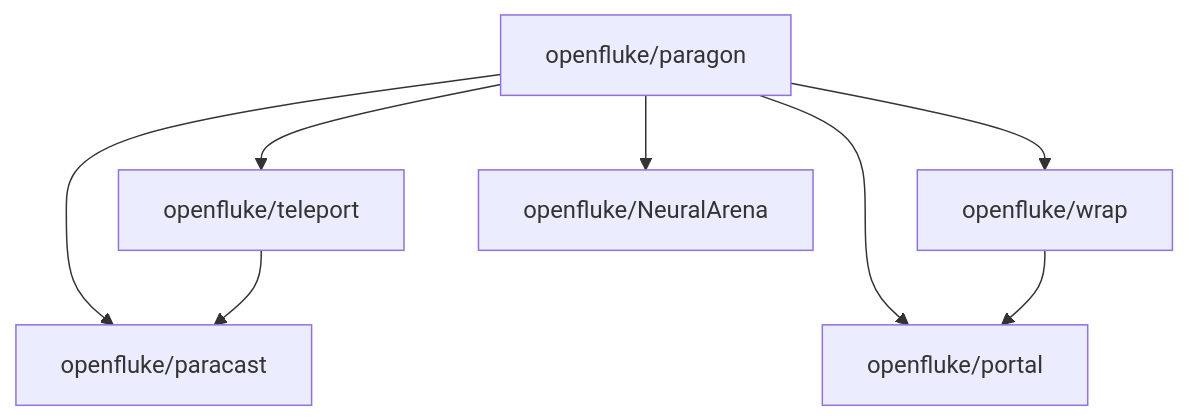
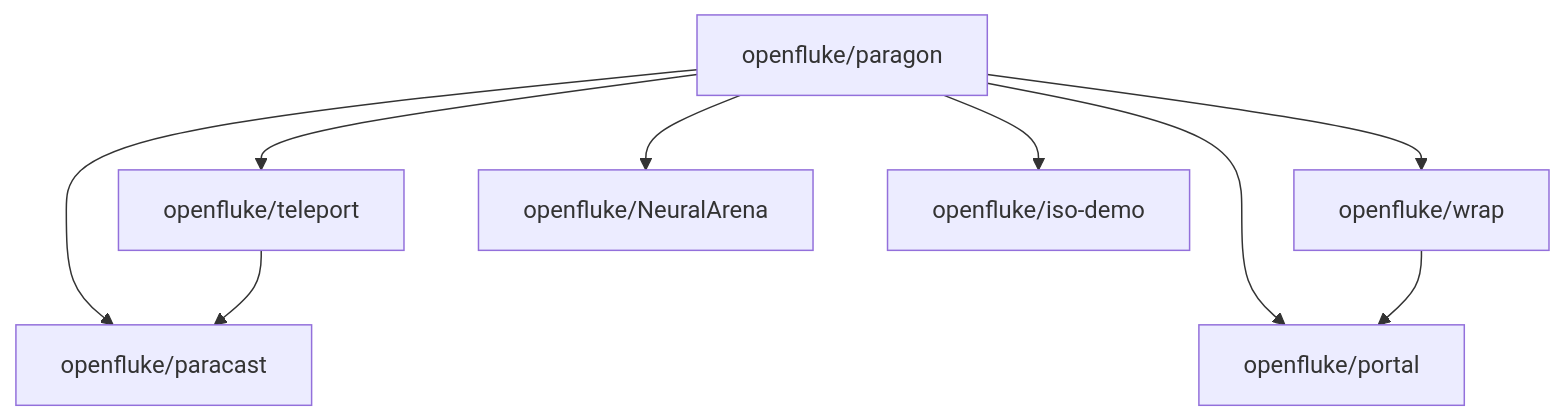
The diagram in README.md (openfluke/paragon_ecosystem), drawn with Mermaid before and after one commit. The commit also changed other lines of this file, not shown here.

````diff
--- a/README.md
+++ b/README.md
@@ -62,17 +66,19 @@
 ```mermaid
 graph TD
     Paragon[openfluke/paragon]
     Teleport[openfluke/teleport]
     Paracast[openfluke/paracast]
     Wrap[openfluke/wrap]
     Portal[openfluke/portal]
     NeuralArena[openfluke/NeuralArena]
+    IsoDemo[openfluke/iso-demo]
 
     Paragon --> Teleport
     Paragon --> Paracast
     Paragon --> Wrap
     Paragon --> Portal
     Paragon --> NeuralArena
+    Paragon --> IsoDemo
     Teleport --> Paracast
     Wrap --> Portal
 ```
````
